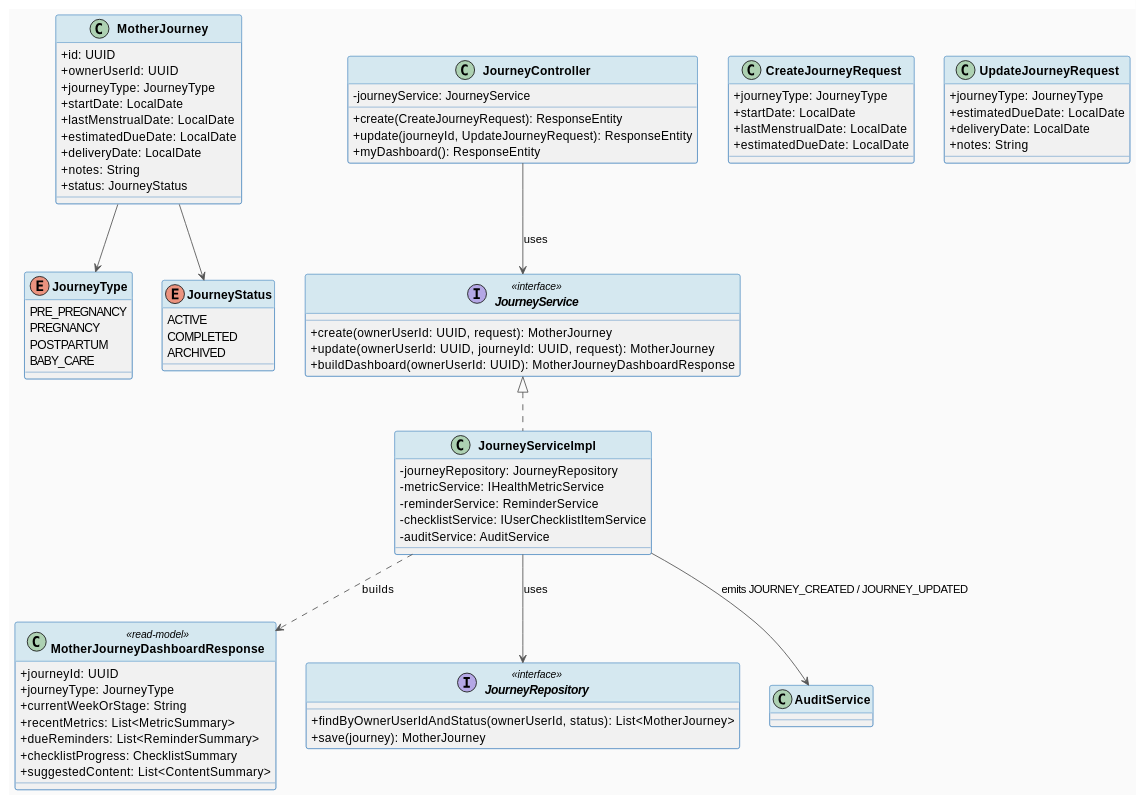
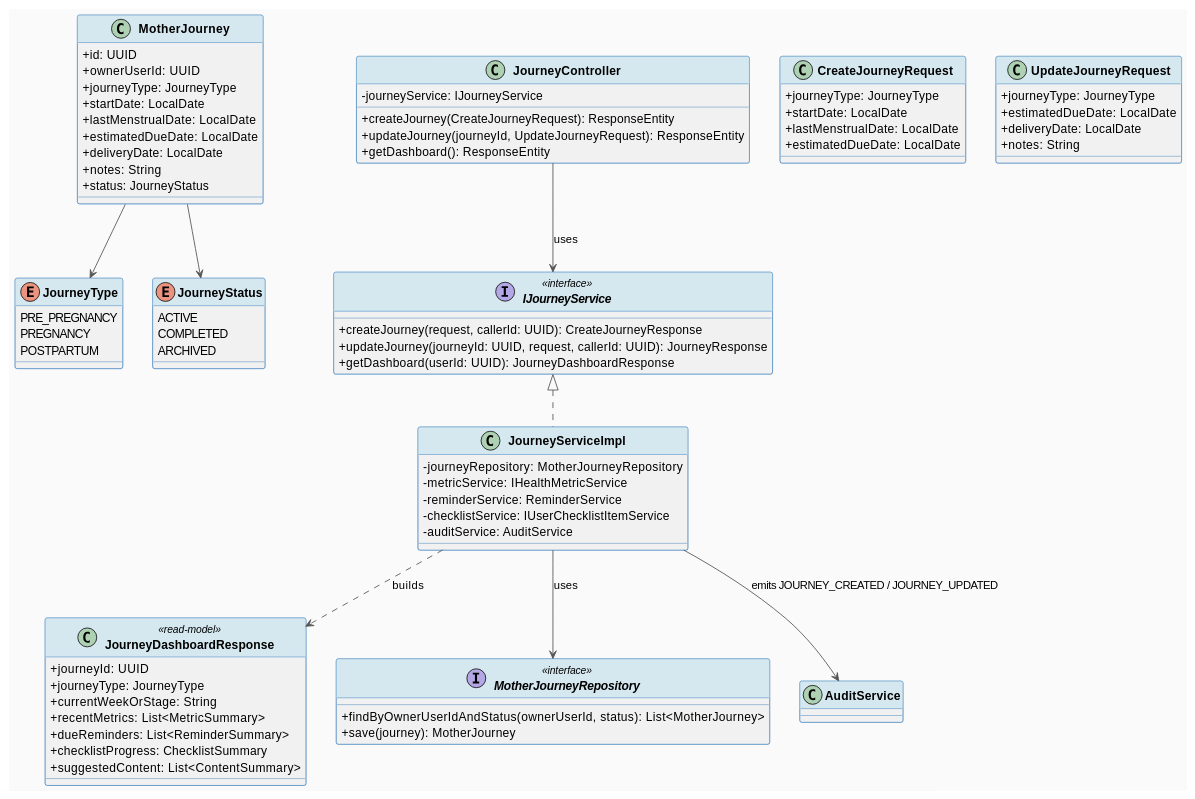
The first of 2 diagrams in docs/Detailed_Design/MF02_Mother_Care_Journey/01_Mother_Journey_Lifecycle_Dashboard.md (ChuongBDHE172784/CareBridge_SEP490_G79), drawn with PlantUML before and after one commit. The commit also changed other lines of this file and 97 other files, not shown here.

Commit message:
docs: update detailed design documentation with new diagrams and restructured module files.

```diff
--- a/docs/Detailed_Design/MF02_Mother_Care_Journey/01_Mother_Journey_Lifecycle_Dashboard.md
+++ b/docs/Detailed_Design/MF02_Mother_Care_Journey/01_Mother_Journey_Lifecycle_Dashboard.md
@@ -48,7 +48,6 @@
   PRE_PREGNANCY
   PREGNANCY
   POSTPARTUM
-  BABY_CARE
 }
 
 enum JourneyStatus {
@@ -57,7 +56,7 @@
   ARCHIVED
 }
 
-class MotherJourneyDashboardResponse <<read-model>> {
+class JourneyDashboardResponse <<read-model>> {
   + journeyId: UUID
   + journeyType: JourneyType
   + currentWeekOrStage: String
@@ -82,36 +81,36 @@
 }
 
 class JourneyController {
-  - journeyService: JourneyService
-  + create(CreateJourneyRequest): ResponseEntity
-  + update(journeyId, UpdateJourneyRequest): ResponseEntity
-  + myDashboard(): ResponseEntity
+  - journeyService: IJourneyService
+  + createJourney(CreateJourneyRequest): ResponseEntity
+  + updateJourney(journeyId, UpdateJourneyRequest): ResponseEntity
+  + getDashboard(): ResponseEntity
 }
 
-interface JourneyService <<interface>> {
-  + create(ownerUserId: UUID, request): MotherJourney
-  + update(ownerUserId: UUID, journeyId: UUID, request): MotherJourney
-  + buildDashboard(ownerUserId: UUID): MotherJourneyDashboardResponse
+interface IJourneyService <<interface>> {
+  + createJourney(request, callerId: UUID): CreateJourneyResponse
+  + updateJourney(journeyId: UUID, request, callerId: UUID): JourneyResponse
+  + getDashboard(userId: UUID): JourneyDashboardResponse
 }
 
-class JourneyServiceImpl implements JourneyService {
-  - journeyRepository: JourneyRepository
+class JourneyServiceImpl implements IJourneyService {
+  - journeyRepository: MotherJourneyRepository
   - metricService: IHealthMetricService
   - reminderService: ReminderService
   - checklistService: IUserChecklistItemService
   - auditService: AuditService
 }
 
-interface JourneyRepository <<interface>> {
+interface MotherJourneyRepository <<interface>> {
   + findByOwnerUserIdAndStatus(ownerUserId, status): List<MotherJourney>
   + save(journey): MotherJourney
 }
 
 MotherJourney --> JourneyType
 MotherJourney --> JourneyStatus
-JourneyController --> JourneyService : uses
-JourneyServiceImpl --> JourneyRepository : uses
-JourneyServiceImpl ..> MotherJourneyDashboardResponse : builds
+JourneyController --> IJourneyService : uses
+JourneyServiceImpl --> MotherJourneyRepository : uses
+JourneyServiceImpl ..> JourneyDashboardResponse : builds
 JourneyServiceImpl --> AuditService : emits JOURNEY_CREATED / JOURNEY_UPDATED
 
 @enduml
```
